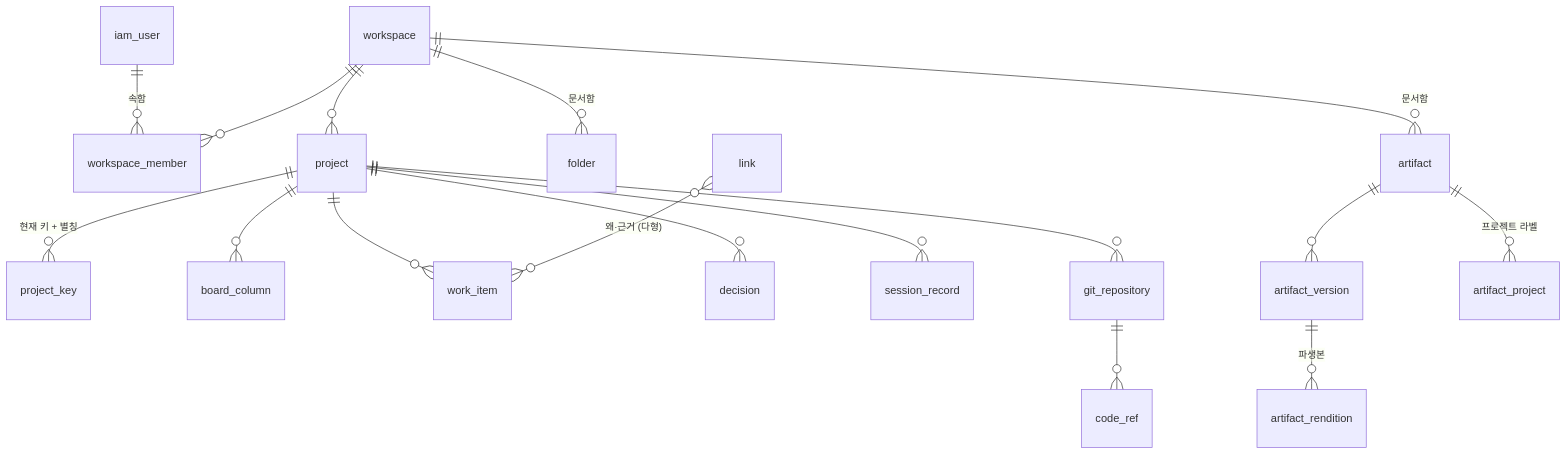
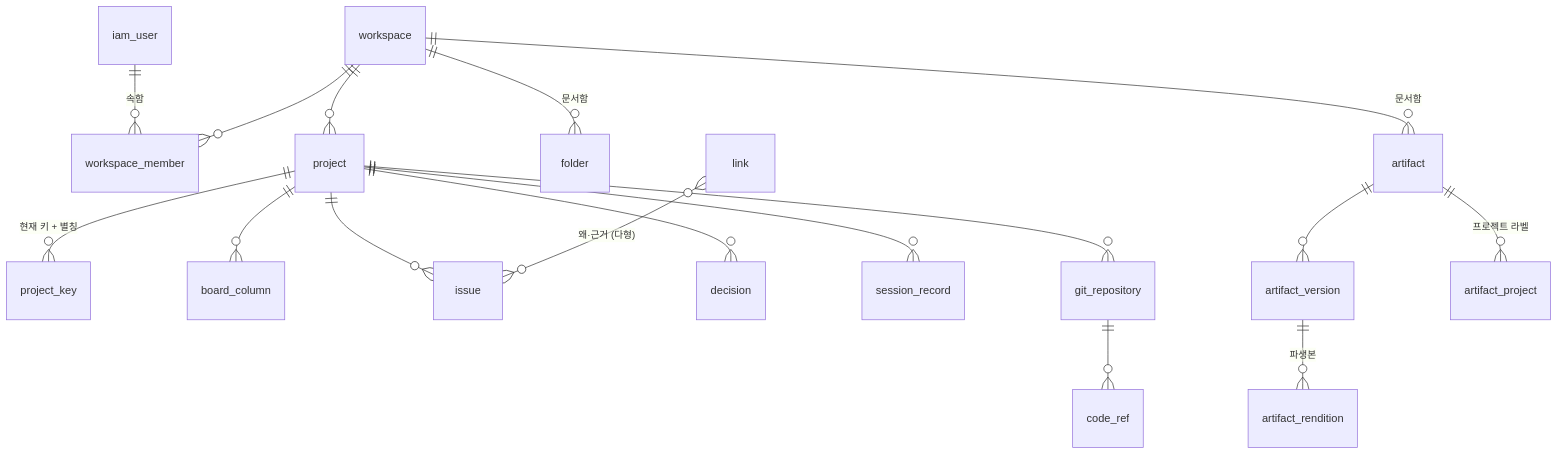
The diagram in docs/06-schema.md (dev-goraebap/better-issue-tracker), drawn with Mermaid before and after one commit. The commit also changed other lines of this file and 167 other files, not shown here.

First line of the commit message:
feat: a work item is an issue everywhere and screen addresses spell out workspaces, projects and issues (D-084)

````diff
--- a/docs/06-schema.md
+++ b/docs/06-schema.md
@@ -26,19 +26,19 @@
 ```mermaid
 erDiagram
   iam_user ||--o{ workspace_member : "속함"
   workspace ||--o{ workspace_member : ""
   workspace ||--o{ project : ""
   workspace ||--o{ folder : "문서함"
   workspace ||--o{ artifact : "문서함"
   project ||--o{ project_key : "현재 키 + 별칭"
   project ||--o{ board_column : ""
-  project ||--o{ work_item : ""
+  project ||--o{ issue : ""
   project ||--o{ decision : ""
   project ||--o{ session_record : ""
   project ||--o{ git_repository : ""
   git_repository ||--o{ code_ref : ""
   artifact ||--o{ artifact_version : ""
   artifact_version ||--o{ artifact_rendition : "파생본"
   artifact ||--o{ artifact_project : "프로젝트 라벨"
-  link }o--o{ work_item : "왜·근거 (다형)"
+  link }o--o{ issue : "왜·근거 (다형)"
 ```
````
